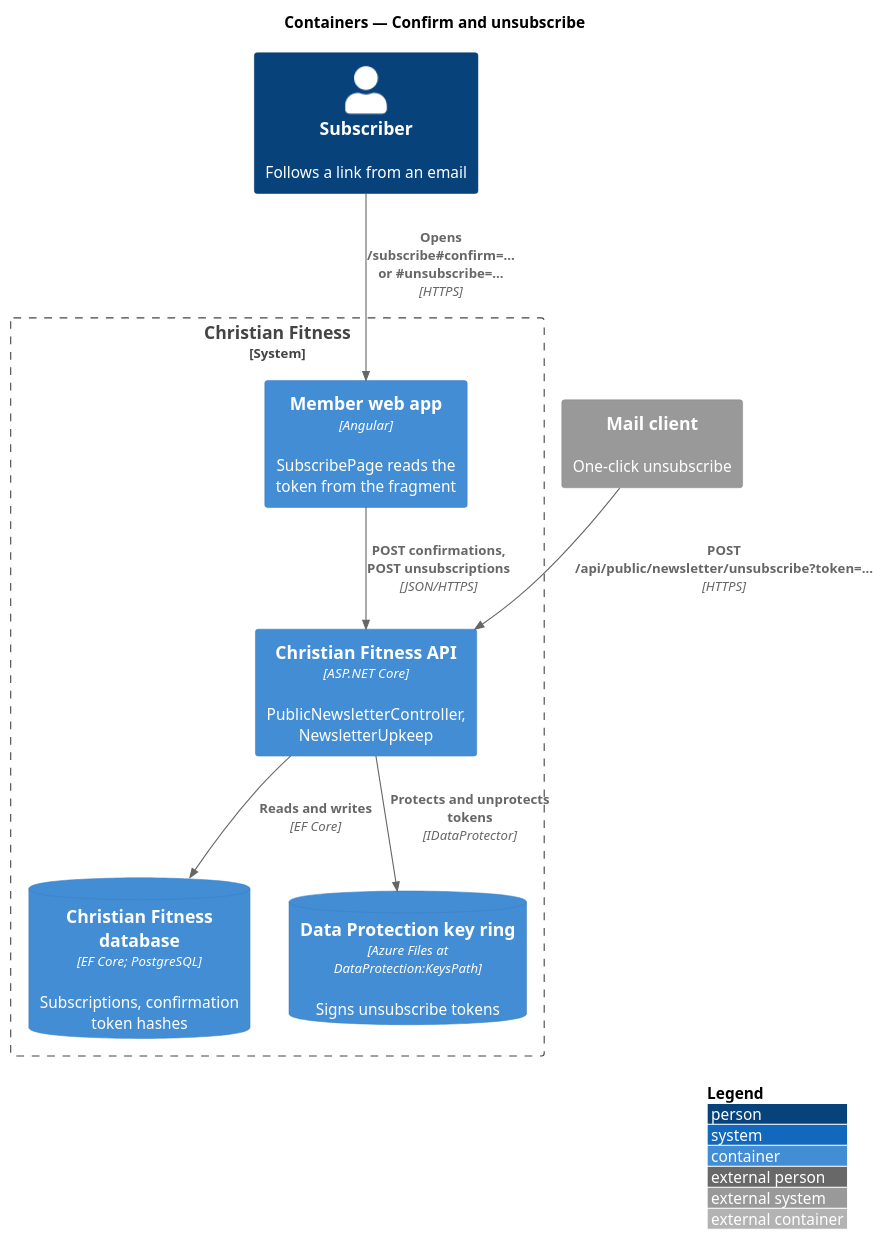
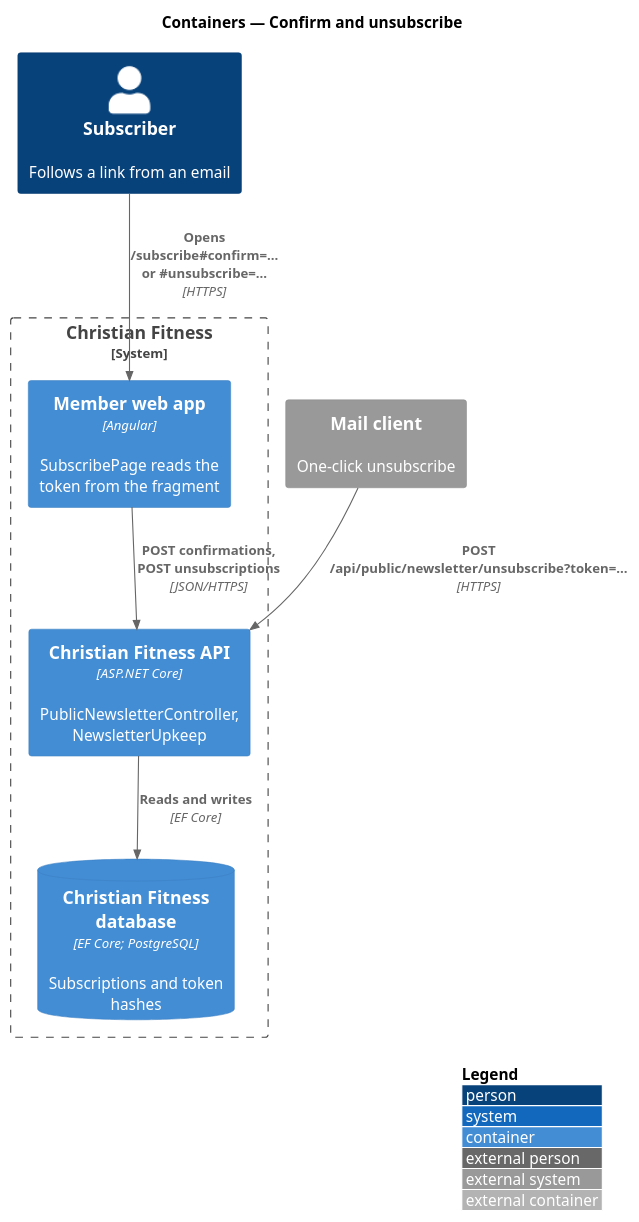
The diagram in docs/detailed-designs/news/confirm-and-unsubscribe/diagrams/c4-container.puml (QuinntyneBrown/christian-fitness), drawn with PlantUML before and after one commit. The commit also changed 31 other files, not shown here.

```diff
--- a/docs/detailed-designs/news/confirm-and-unsubscribe/diagrams/c4-container.puml
+++ b/docs/detailed-designs/news/confirm-and-unsubscribe/diagrams/c4-container.puml
@@ -1,19 +1,17 @@
 @startuml
 !include <C4/C4_Container>
 LAYOUT_WITH_LEGEND()
 title Containers — Confirm and unsubscribe
 
 Person(sub, "Subscriber", "Follows a link from an email")
 System_Ext(client, "Mail client", "One-click unsubscribe")
 System_Boundary(cf, "Christian Fitness") {
   Container(web, "Member web app", "Angular", "SubscribePage reads the token from the fragment")
   Container(api, "Christian Fitness API", "ASP.NET Core", "PublicNewsletterController, NewsletterUpkeep")
-  ContainerDb(db, "Christian Fitness database", "EF Core; PostgreSQL", "Subscriptions, confirmation token hashes")
-  ContainerDb(keys, "Data Protection key ring", "Azure Files at DataProtection:KeysPath", "Signs unsubscribe tokens")
+  ContainerDb(db, "Christian Fitness database", "EF Core; PostgreSQL", "Subscriptions and token hashes")
 }
 Rel(sub, web, "Opens /subscribe#confirm=… or #unsubscribe=…", "HTTPS")
 Rel(web, api, "POST confirmations, POST unsubscriptions", "JSON/HTTPS")
 Rel(client, api, "POST /api/public/newsletter/unsubscribe?token=…", "HTTPS")
 Rel(api, db, "Reads and writes", "EF Core")
-Rel(api, keys, "Protects and unprotects tokens", "IDataProtector")
 @enduml
```
